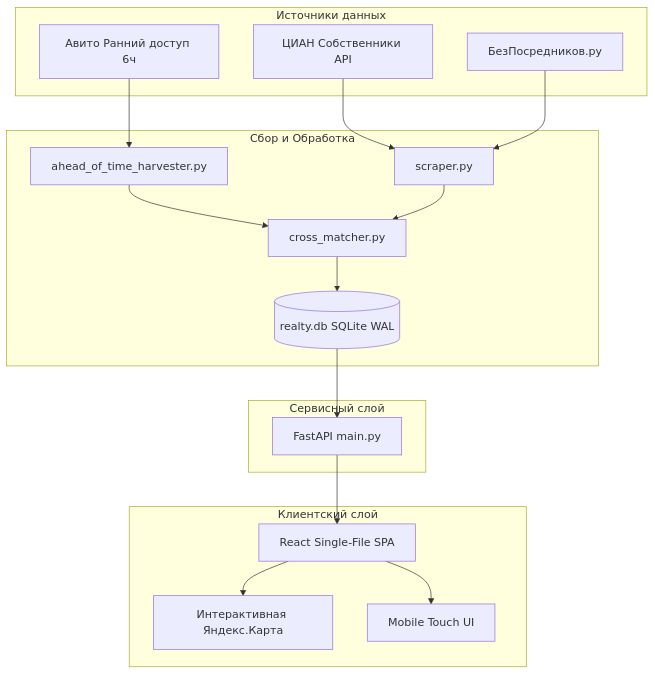
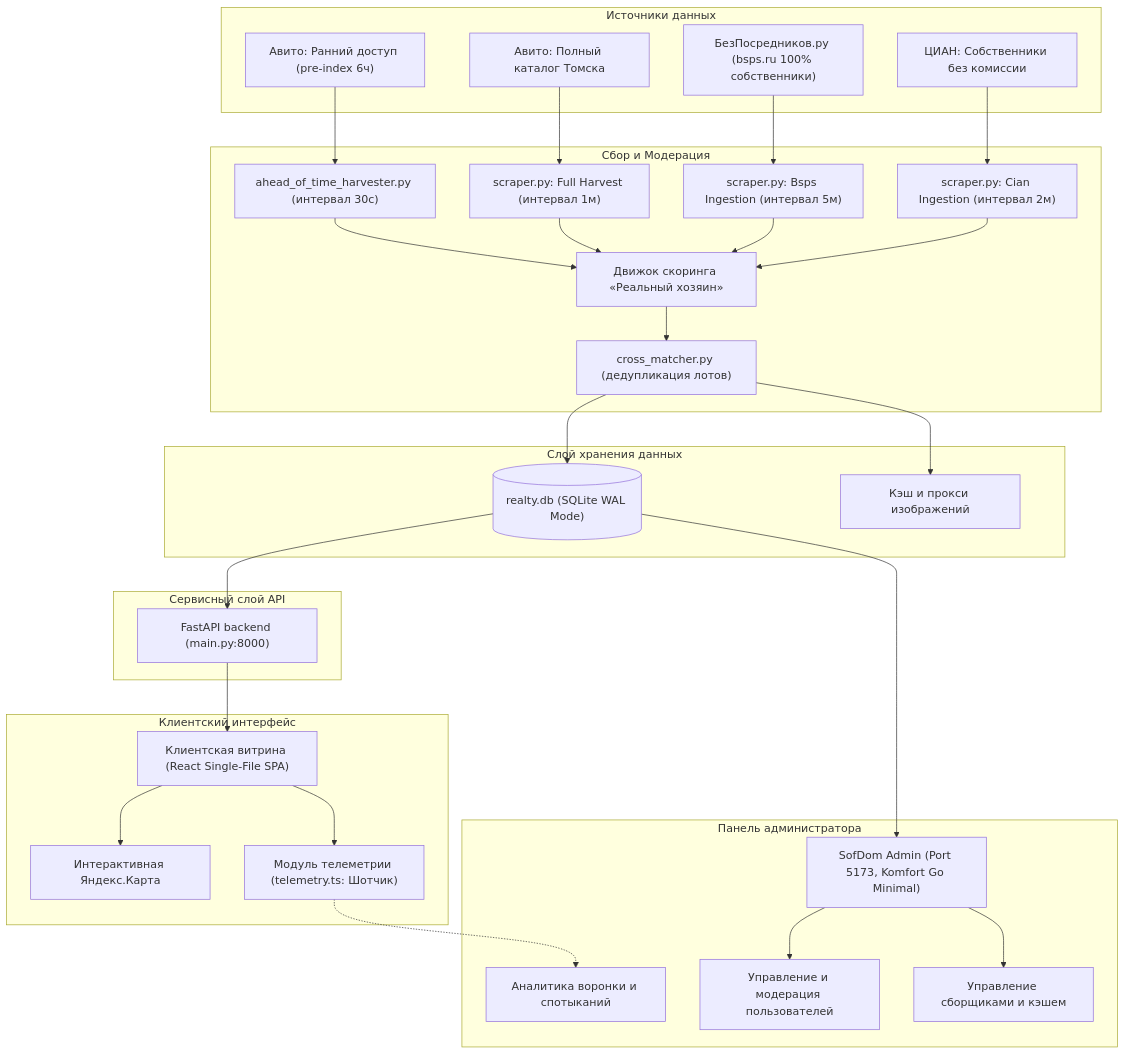
One commit to nodirdevuz/sofdom-app changed the diagram in docs/ARCHITECTURE.md. Above: the diagram before and after it, drawn with Mermaid. The commit also changed other lines of this file and 8 other files, not shown here.

Commit message:
docs: comprehensive overhaul of all project documentation, architecture, telemetry, admin guides and owner manual

````diff
--- a/docs/ARCHITECTURE.md
+++ b/docs/ARCHITECTURE.md
@@ -7,36 +7,64 @@
 ```mermaid
 graph TD
     subgraph Источники данных
-        A1[Авито Ранний доступ 6ч]
-        A2[ЦИАН Собственники API]
-        A3[БезПосредников.ру]
+        A1["Авито: Ранний доступ (pre-index 6ч)"]
+        A2["Авито: Полный каталог Томска"]
+        A3["БезПосредников.ру (bsps.ru 100% собственники)"]
+        A4["ЦИАН: Собственники без комиссии"]
     end
 
-    subgraph Сбор и Обработка
-        P1[ahead_of_time_harvester.py]
-        P2[scraper.py]
-        CM[cross_matcher.py]
-        DB[(realty.db SQLite WAL)]
+    subgraph Сбор и Модерация
+        H1["ahead_of_time_harvester.py (интервал 30с)"]
+        H2["scraper.py: Full Harvest (интервал 1м)"]
+        H3["scraper.py: Bsps Ingestion (интервал 5м)"]
+        H4["scraper.py: Cian Ingestion (интервал 2м)"]
+        MOD["Движок скоринга «Реальный хозяин»"]
+        CM["cross_matcher.py (дедупликация лотов)"]
     end
 
-    subgraph Сервисный слой
-        API[FastAPI main.py]
+    subgraph Слой хранения данных
+        DB[("realty.db (SQLite WAL Mode)")]
+        IMG["Кэш и прокси изображений"]
     end
 
-    subgraph Клиентский слой
-        WEB[React Single-File SPA]
-        MAP[Интерактивная Яндекс.Карта]
-        MOB[Mobile Touch UI]
+    subgraph Сервисный слой API
+        API["FastAPI backend (main.py:8000)"]
     end
 
-    A1 --> P1
-    A2 --> P2
-    A3 --> P2
-    P1 --> CM
-    P2 --> CM
+    subgraph Клиентский интерфейс
+        CLIENT["Клиентская витрина (React Single-File SPA)"]
+        MAP["Интерактивная Яндекс.Карта"]
+        TEL["Модуль телеметрии (telemetry.ts: Шотчик)"]
+    end
+
+    subgraph Панель администратора
+        ADMIN["SofDom Admin (Port 5173, Komfort Go Minimal)"]
+        ADM_AN["Аналитика воронки и спотыканий"]
+        ADM_USR["Управление и модерация пользователей"]
+        ADM_SCR["Управление сборщиками и кэшем"]
+    end
+
+    A1 --> H1
+    A2 --> H2
+    A3 --> H3
+    A4 --> H4
+
+    H1 --> MOD
+    H2 --> MOD
+    H3 --> MOD
+    H4 --> MOD
+
+    MOD --> CM
     CM --> DB
+    CM --> IMG
+
     DB --> API
-    API --> WEB
-    WEB --> MAP
-    WEB --> MOB
+    API --> CLIENT
+    CLIENT --> MAP
+    CLIENT --> TEL
+
+    DB --> ADMIN
+    TEL -.-> ADM_AN
+    ADMIN --> ADM_USR
+    ADMIN --> ADM_SCR
 ```
````
